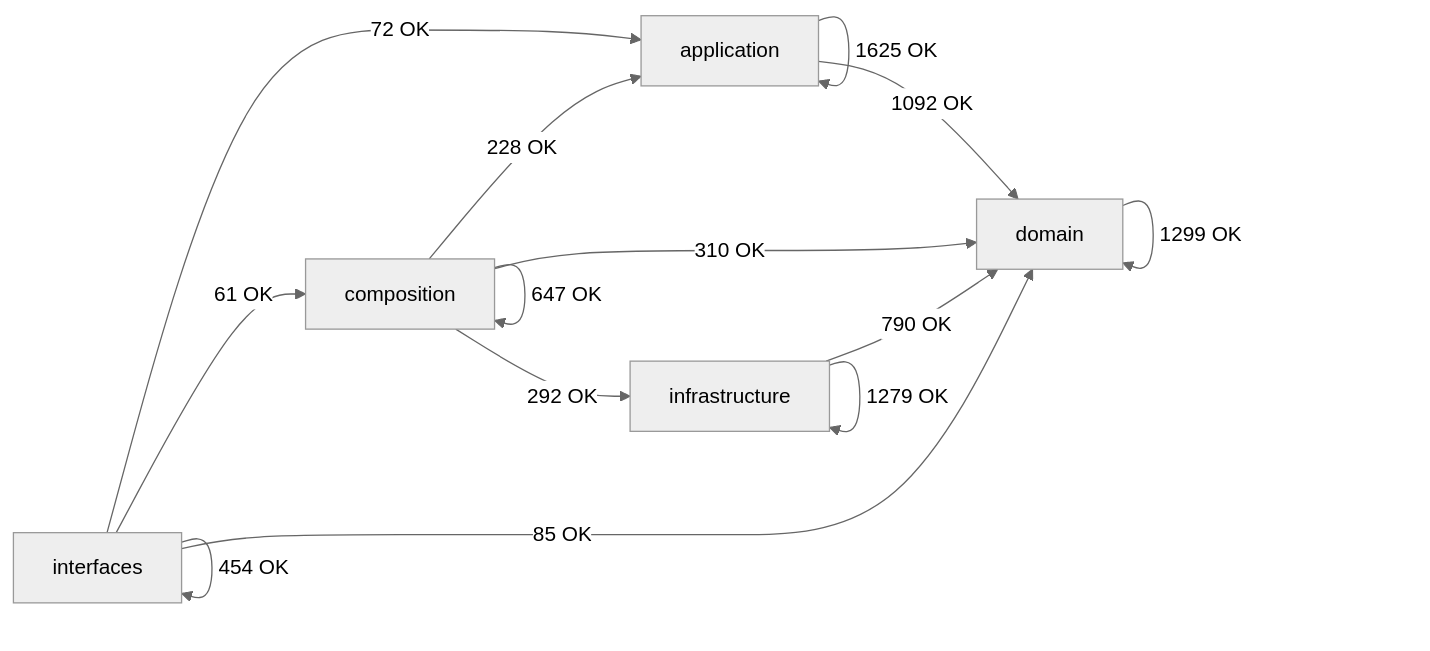
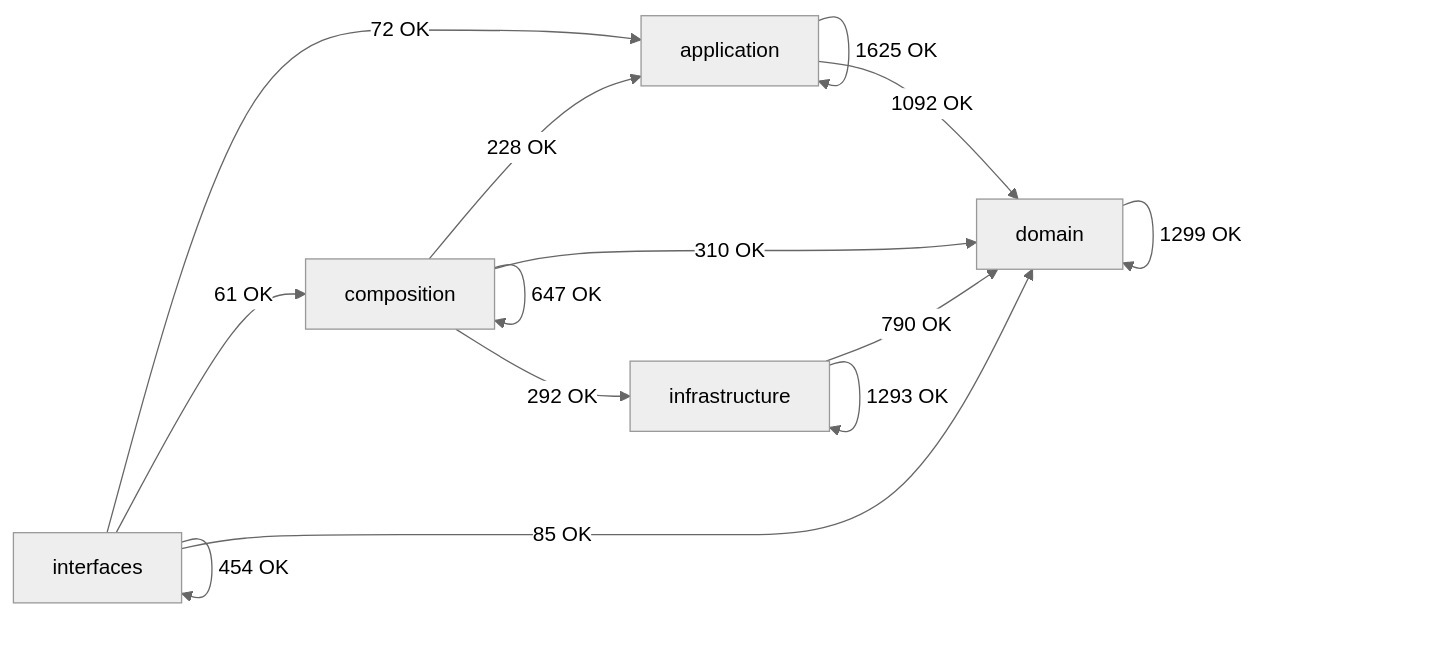
The diagram in docs/02-architecture/generated/module-dependency-map.md (SatoryKono/BioactivityDataAcquisition), drawn with Mermaid (neutral theme) before and after one commit. The commit also changed other lines of this file and 22 other files, not shown here.

````diff
--- a/docs/02-architecture/generated/module-dependency-map.md
+++ b/docs/02-architecture/generated/module-dependency-map.md
@@ -17,21 +17,21 @@
 ```mermaid
 flowchart LR
     domain[domain]
     application[application]
     infrastructure[infrastructure]
     composition[composition]
     interfaces[interfaces]
     application -->|1625 OK| application
     application -->|1092 OK| domain
     composition -->|228 OK| application
     composition -->|647 OK| composition
     composition -->|310 OK| domain
     composition -->|292 OK| infrastructure
     domain -->|1299 OK| domain
     infrastructure -->|790 OK| domain
-    infrastructure -->|1279 OK| infrastructure
+    infrastructure -->|1293 OK| infrastructure
     interfaces -->|72 OK| application
     interfaces -->|61 OK| composition
     interfaces -->|85 OK| domain
     interfaces -->|454 OK| interfaces
 ```
````
